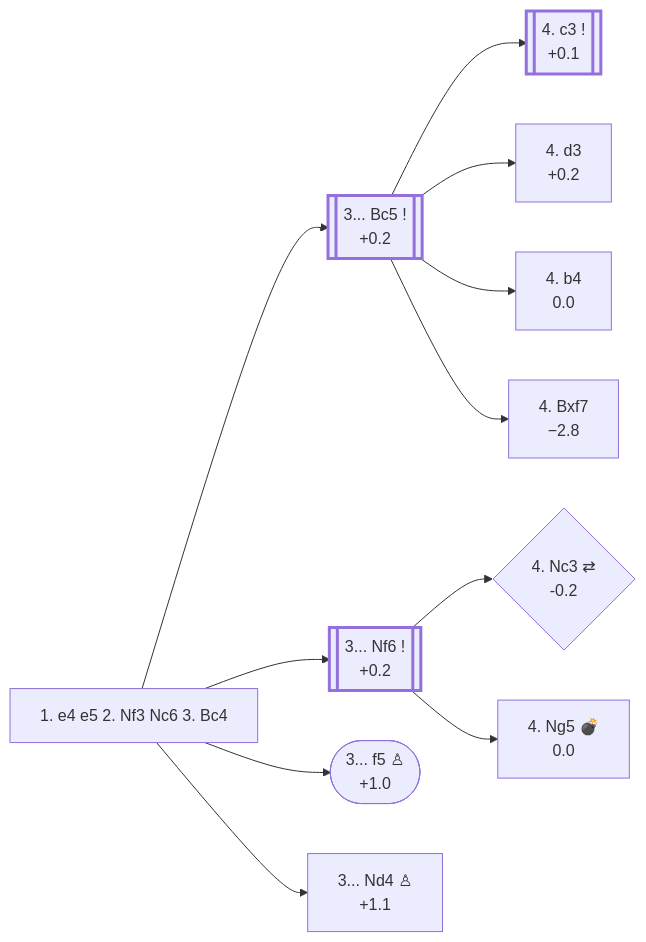
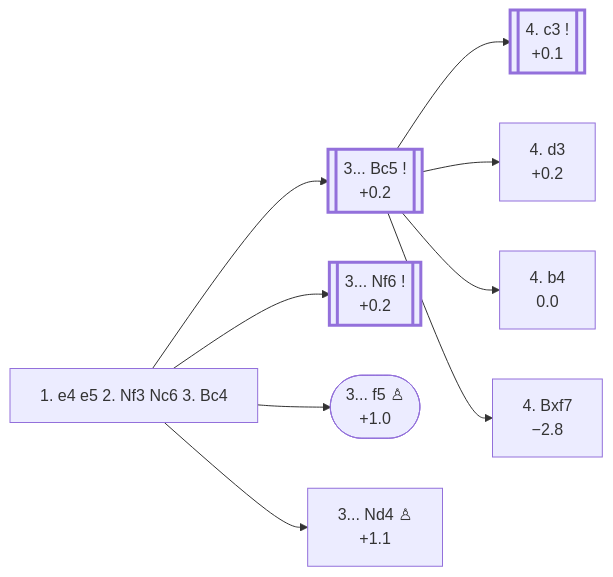
Before and after one commit to onclemarcel/chess_flashcards: the diagram in e4_openings/C50_Italian.md, drawn with Mermaid. The commit also changed other lines of this file and 7 other files, not shown here.

First line of the commit message:
Complete ECO Codes C55-C56, the Two Knights Defense and Max Lange Attack

````diff
--- a/e4_openings/C50_Italian.md
+++ b/e4_openings/C50_Italian.md
@@ -14,30 +14,25 @@
 ```mermaid
 flowchart LR
     classDef main stroke-width:3px;
 
     Bc4["1. e4 e5 2. Nf3 Nc6 3. Bc4"]
     click Bc4 "#_initial_move_" "C50 · Italian Game"
 
     Bc4 --> Bc5[["3... Bc5 !<br/>+0.2"]]:::main
     click Bc5 "#_Bc5_" "C50 · Italian Game: Giuoco Piano"
     Bc4 --> Nf6[["3... Nf6 !<br/>+0.2"]]:::main
-    click Nf6 "#_Nf6_" "C55 · Italian Game: Two Knights Defense"
+    click Nf6 "https://github.com/onclemarcel/chess_flashcards/blob/main/e4_openings/C55_Two_Knights_Defense.md" "C55 · Italian Game: Two Knights Defense"
     Bc4 --> f5(["3... f5 ♙<br/>+1.0"])
     click f5 "https://github.com/onclemarcel/chess_flashcards/blob/main/gambits/Rousseau/Rousseau.md" "C50 · Italian Game: Rousseau Gambit"
     Bc4 --> Nd4["3... Nd4 ♙<br/>+1.1"]
     click Nd4 "#_Nd4_" "C50 · Italian Game: Blackburne-Kostić Gambit"
-
-    Nf6 --> Nc3{"4. Nc3 ⇄<br/>-0.2"}
-    click Nc3 "https://github.com/onclemarcel/chess_flashcards/blob/main/e4_openings/C47_Four_Knights_Game.md" "C47 · Four Knights Game: Italian Variation"
-    Nf6 --> Ng5["4. Ng5 💣<br/>0.0"]
-    click Ng5 "#_Fried_Liver_" "C57 · Italian Game: Two Knights Defense, Knight Attack"
 
     Bc5 --> c3[["4. c3 !<br/>+0.1"]]:::main
     click c3 "#_c3_" "C50 · Italian Game: Giuoco Piano"
     Bc5 --> d3["4. d3<br/>+0.2"]
     click d3 "#_Pianissimo_" "C50 · Italian Game: Giuoco Pianissimo"
     Bc5 --> b4["4. b4<br/>0.0"]
     click b4 "https://github.com/onclemarcel/chess_flashcards/blob/main/e4_openings/C51_Evans_Gambit.md" "C51 · Italian Game: Evans Gambit"
     Bc5 --> Bxf7["4. Bxf7<br/>−2.8"]
     click Bxf7 "#_Jerome_" "C50 · Italian Game: Jerome Gambit"
 ```
````
